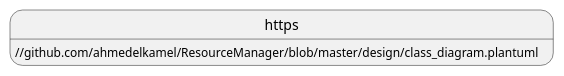
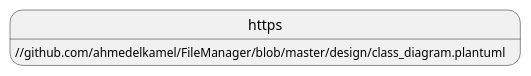
Before and after one commit to ahmedelkamel/FileManager: the diagram in readme.md, drawn with PlantUML. The commit also changed other lines of this file and 18 other files, not shown here.

```diff
--- a/readme.md
+++ b/readme.md
@@ -7,3 +7,3 @@
    @startuml
-   https://github.com/ahmedelkamel/ResourceManager/blob/master/design/class_diagram.plantuml
+   https://github.com/ahmedelkamel/FileManager/blob/master/design/class_diagram.plantuml
    @enduml
```
